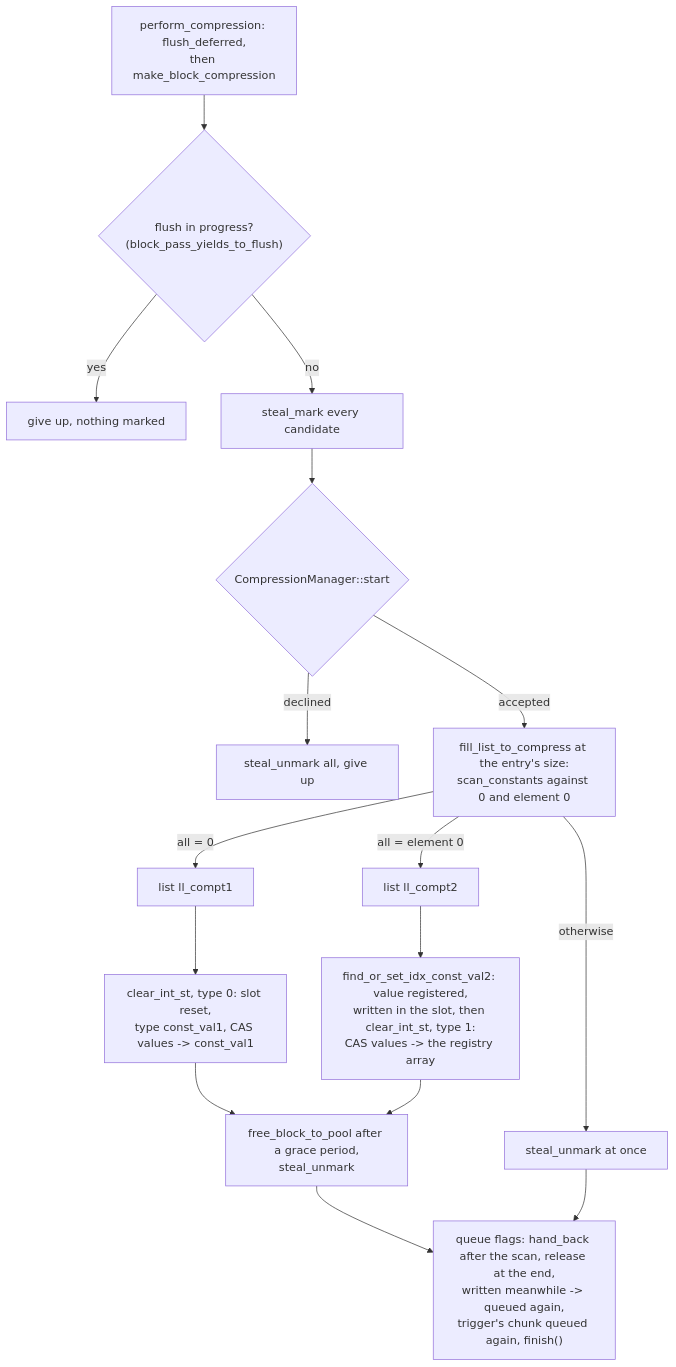
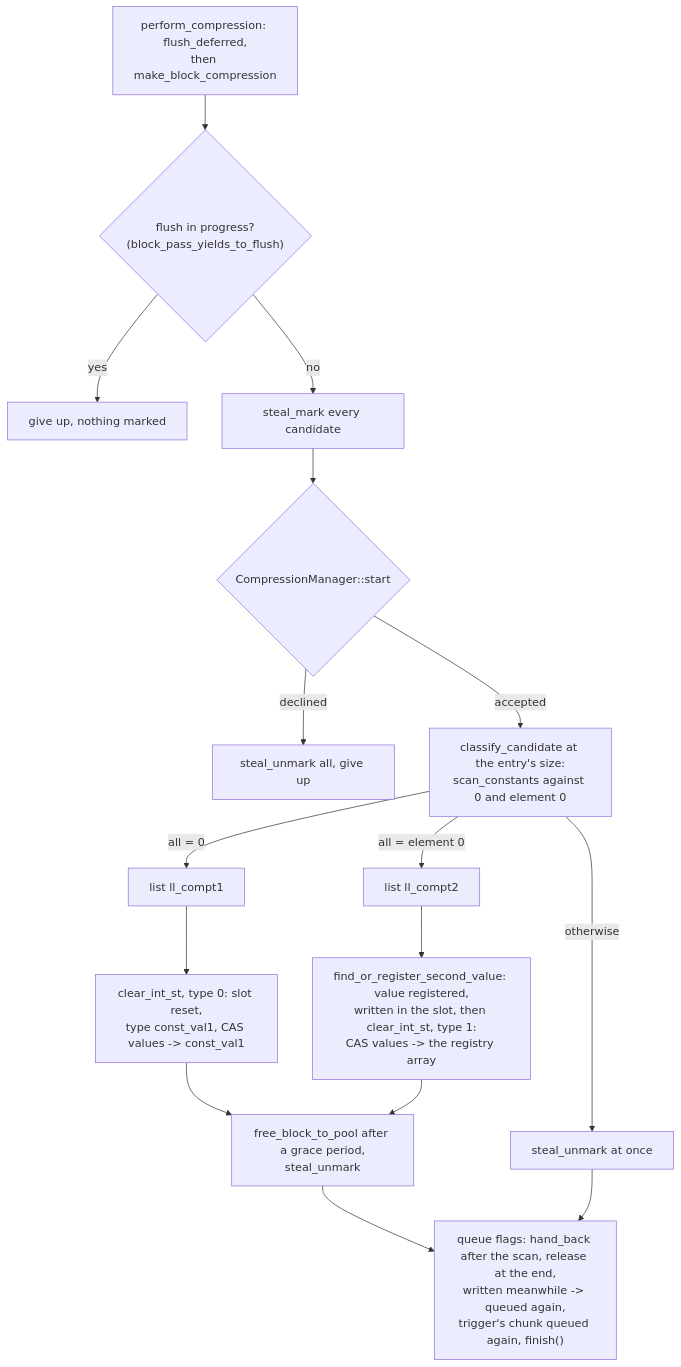
The first of 2 diagrams in docs/algo_zero_any.md (cea-hpc/shrink-array), drawn with Mermaid before and after one commit. The commit also changed other lines of this file and 114 other files, not shown here.

````diff
--- a/docs/algo_zero_any.md
+++ b/docs/algo_zero_any.md
@@ -135,18 +135,18 @@
 ```mermaid
 flowchart TD
     A["perform_compression: flush_deferred,<br/>then make_block_compression"] --> B{"flush in progress?<br/>(block_pass_yields_to_flush)"}
     B -->|yes| B1["give up, nothing marked"]
     B -->|no| C["steal_mark every candidate"]
     C --> D{"CompressionManager::start"}
     D -->|declined| D1["steal_unmark all, give up"]
-    D -->|accepted| E["fill_list_to_compress at the entry's size:<br/>scan_constants against 0 and element 0"]
+    D -->|accepted| E["classify_candidate at the entry's size:<br/>scan_constants against 0 and element 0"]
     E -->|"all = 0"| F["list ll_compt1"]
     E -->|"all = element 0"| G["list ll_compt2"]
     E -->|"otherwise"| N["steal_unmark at once"]
     F --> F1["clear_int_st, type 0: slot reset,<br/>type const_val1, CAS values -> const_val1"]
-    G --> G1["find_or_set_idx_const_val2: value registered,<br/>written in the slot, then clear_int_st, type 1:<br/>CAS values -> the registry array"]
+    G --> G1["find_or_register_second_value: value registered,<br/>written in the slot, then clear_int_st, type 1:<br/>CAS values -> the registry array"]
     F1 --> R["free_block_to_pool after a grace period,<br/>steal_unmark"]
     G1 --> R
     R --> K["queue flags: hand_back after the scan, release at the end,<br/>written meanwhile -> queued again,<br/>trigger's chunk queued again, finish()"]
     N --> K
 ```
````
